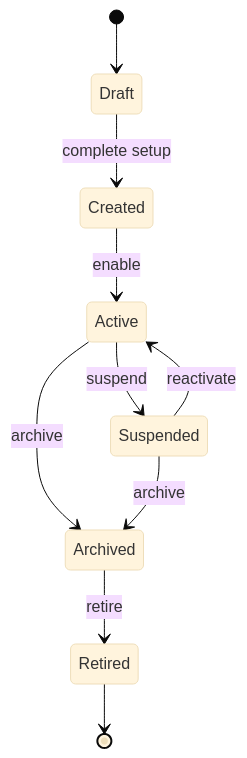
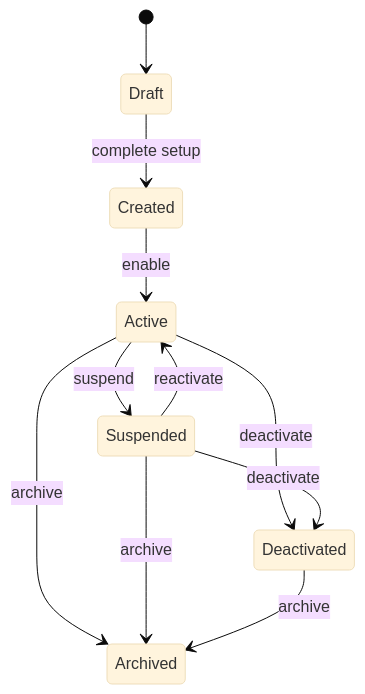
Before and after one commit to memo-platform/memo-hub: the third of 8 diagrams in docs/domain/organization/03-domain-model.md, drawn with Mermaid (base theme). The commit also changed other lines of this file and 34 other files, not shown here.

````diff
--- a/docs/domain/organization/03-domain-model.md
+++ b/docs/domain/organization/03-domain-model.md
@@ -516,12 +517,13 @@
 ```mermaid
 stateDiagram-v2
     [*] --> Draft
     Draft --> Created : complete setup
     Created --> Active : enable
     Active --> Suspended : suspend
     Suspended --> Active : reactivate
+    Active --> Deactivated : deactivate
+    Suspended --> Deactivated : deactivate
     Active --> Archived : archive
     Suspended --> Archived : archive
-    Archived --> Retired : retire
-    Retired --> [*]
+    Deactivated --> Archived : archive
 ```
````
